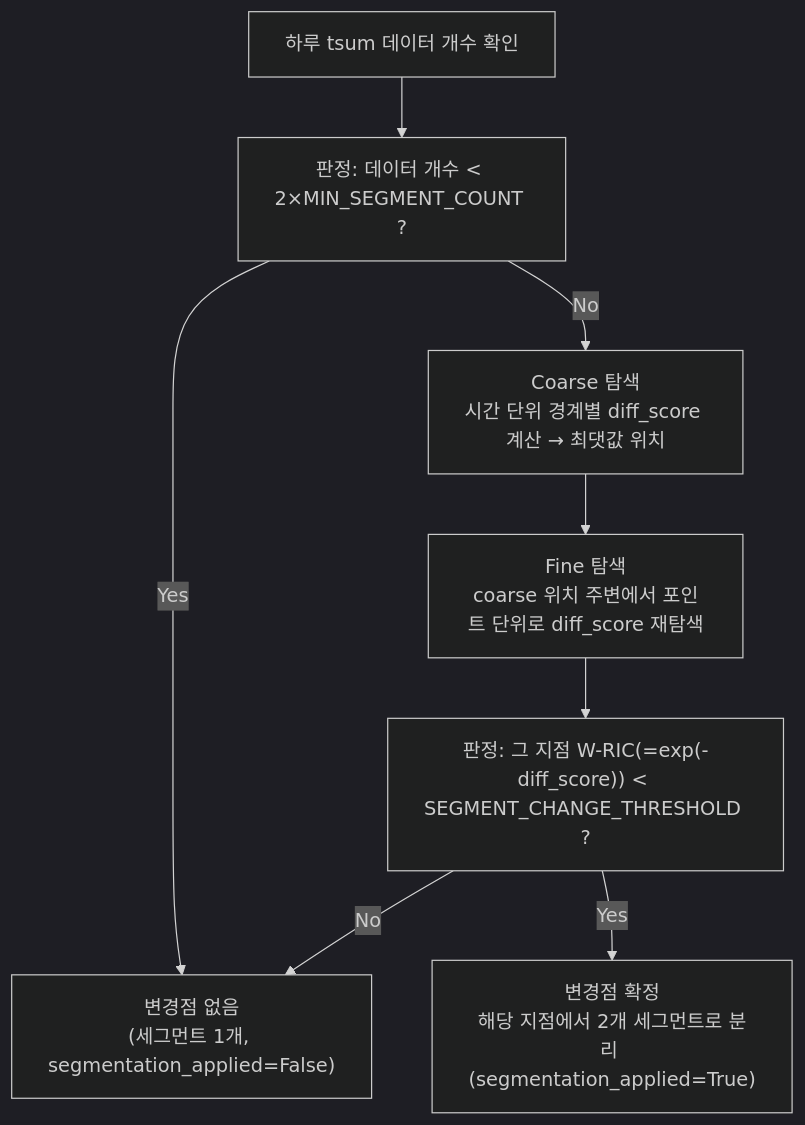
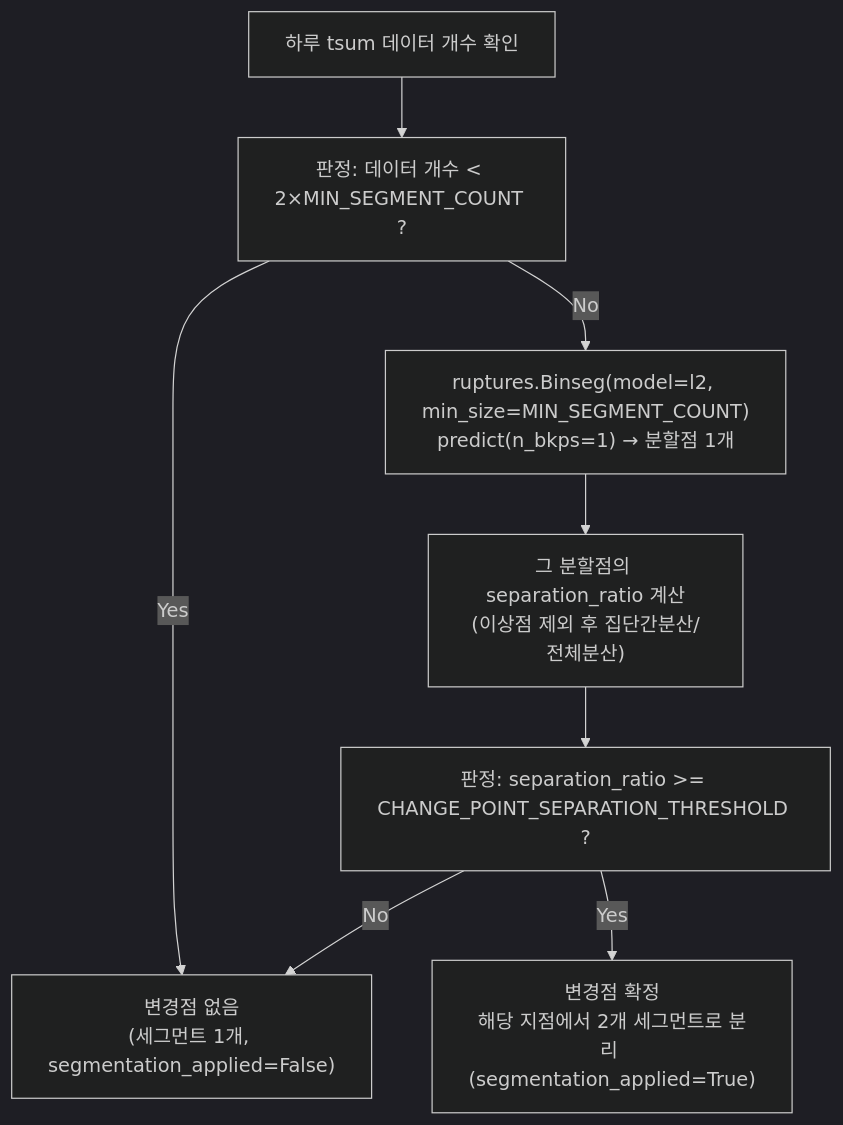
The third of 4 diagrams in output_sensor_anomaly_detection_plan.md (youbby/docs), drawn with Mermaid (dark theme) before and after one commit. The commit also changed other lines of this file and 5 other files, not shown here.

````diff
--- a/output_sensor_anomaly_detection_plan.md
+++ b/output_sensor_anomaly_detection_plan.md
@@ -386,16 +398,16 @@
 ```mermaid
 flowchart TD
     A["하루 tsum 데이터 개수 확인"]
     B["판정: 데이터 개수 < 2×MIN_SEGMENT_COUNT ?"]
     C["변경점 없음<br/>(세그먼트 1개, segmentation_applied=False)"]
-    D["Coarse 탐색<br/>시간 단위 경계별 diff_score 계산 → 최댓값 위치"]
-    E["Fine 탐색<br/>coarse 위치 주변에서 포인트 단위로 diff_score 재탐색"]
-    F["판정: 그 지점 W-RIC(=exp(-diff_score)) < SEGMENT_CHANGE_THRESHOLD ?"]
+    D["ruptures.Binseg(model=l2, min_size=MIN_SEGMENT_COUNT)<br/>predict(n_bkps=1) → 분할점 1개"]
+    E["그 분할점의 separation_ratio 계산<br/>(이상점 제외 후 집단간분산/전체분산)"]
+    F["판정: separation_ratio >= CHANGE_POINT_SEPARATION_THRESHOLD ?"]
     G["변경점 확정<br/>해당 지점에서 2개 세그먼트로 분리 (segmentation_applied=True)"]
 
     A --> B
     B -->|"Yes"| C
     B -->|"No"| D --> E --> F
     F -->|"Yes"| G
     F -->|"No"| C
 ```
````
